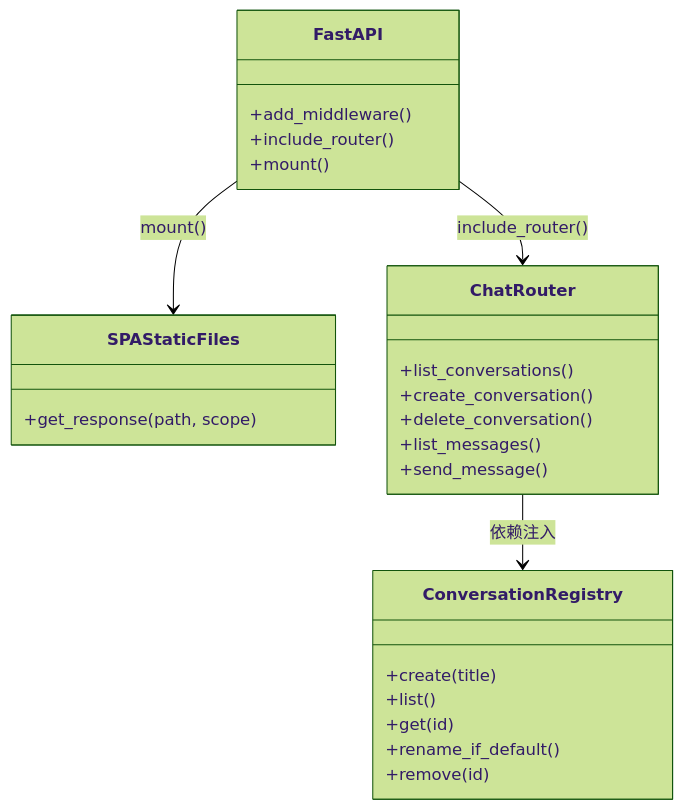
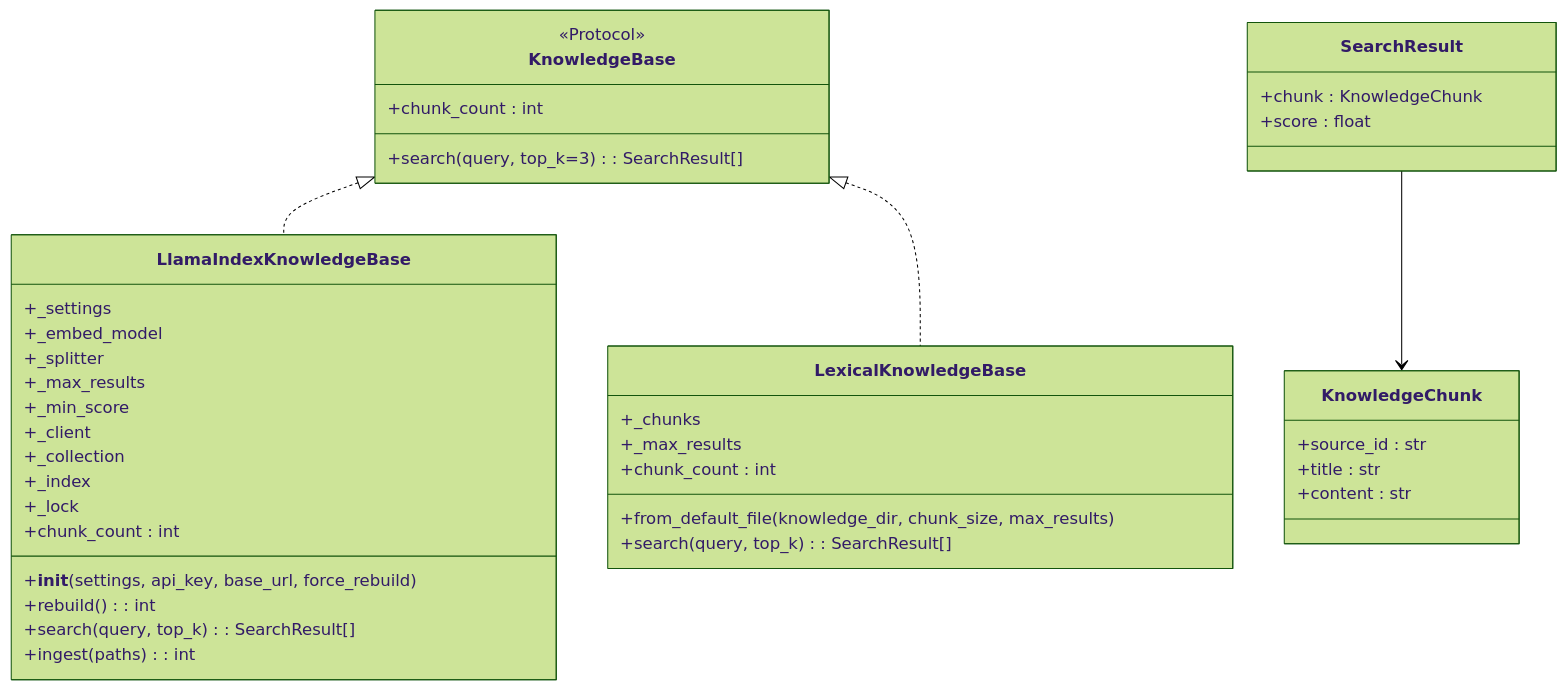
Before and after one commit to xyx1028/agentHelp: the fourth of 16 diagrams in .qoder/repowiki/zh/content/架构设计/架构设计.md, drawn with Mermaid (forest theme). The commit also changed other lines of this file and 115 other files, not shown here.

````diff
--- a/.qoder/repowiki/zh/content/架构设计/架构设计.md
+++ b/.qoder/repowiki/zh/content/架构设计/架构设计.md
@@ -193,28 +233,43 @@
 ```mermaid
 classDiagram
-class FastAPI {
-+add_middleware()
-+include_router()
-+mount()
+class KnowledgeBase {
+<<Protocol>>
++chunk_count : int
++search(query, top_k=3) : SearchResult[]
 }
-class SPAStaticFiles {
-+get_response(path, scope)
+class LlamaIndexKnowledgeBase {
++_settings
++_embed_model
++_splitter
++_max_results
++_min_score
++_client
++_collection
++_index
++_lock
++__init__(settings, api_key, base_url, force_rebuild)
++rebuild() : int
++chunk_count : int
++search(query, top_k) : SearchResult[]
++ingest(paths) : int
 }
-class ChatRouter {
-+list_conversations()
-+create_conversation()
-+delete_conversation()
-+list_messages()
-+send_message()
+class LexicalKnowledgeBase {
++_chunks
++_max_results
++from_default_file(knowledge_dir, chunk_size, max_results)
++chunk_count : int
++search(query, top_k) : SearchResult[]
 }
-class ConversationRegistry {
-+create(title)
-+list()
-+get(id)
-+rename_if_default()
-+remove(id)
+class SearchResult {
++chunk : KnowledgeChunk
++score : float
 }
-FastAPI --> ChatRouter : include_router()
-FastAPI --> SPAStaticFiles : mount()
-ChatRouter --> ConversationRegistry : 依赖注入
+class KnowledgeChunk {
++source_id : str
++title : str
++content : str
+}
+KnowledgeBase <|.. LlamaIndexKnowledgeBase
+KnowledgeBase <|.. LexicalKnowledgeBase
+SearchResult --> KnowledgeChunk
 ```
````
